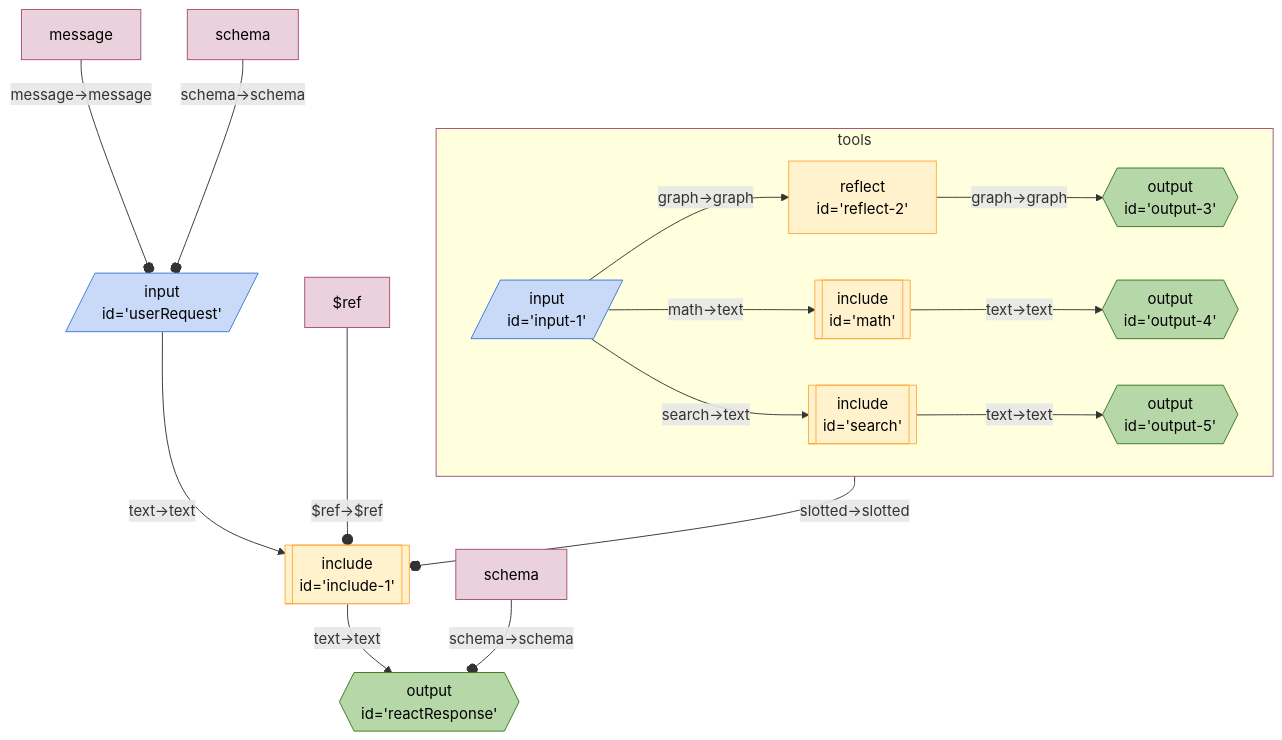
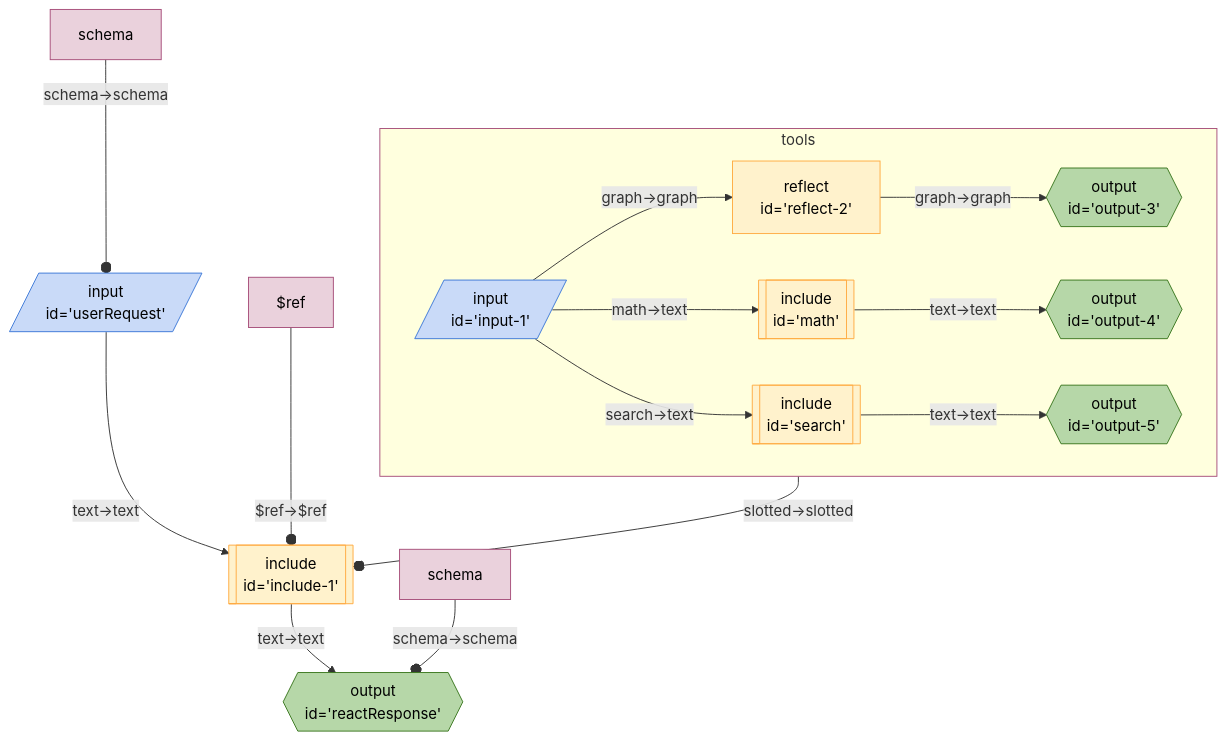
The diagram in seeds/graph-playground/docs/graphs/call-react-with-slot.md (breadboard-ai/breadboard), drawn with Mermaid before and after one commit. The commit also changed 25 other files, not shown here.

Commit message:
[graph-playground] Update graphs to remove "message".

````diff
--- a/seeds/graph-playground/docs/graphs/call-react-with-slot.md
+++ b/seeds/graph-playground/docs/graphs/call-react-with-slot.md
@@ -5,29 +5,28 @@
   ```mermaid
   %%{init: 'themeVariables': { 'fontFamily': 'Fira Code, monospace' }}%%
 graph TD;
 include1[["include <br> id='include-1'"]]:::include -- "text->text" --> reactResponse{{"output <br> id='reactResponse'"}}:::output
 subgraph tools
 reflect2["reflect <br> id='reflect-2'"] -- "graph->graph" --> output3{{"output <br> id='output-3'"}}:::output
 input1[/"input <br> id='input-1'"/]:::input -- "graph->graph" --> reflect2["reflect <br> id='reflect-2'"]
 math[["include <br> id='math'"]]:::include -- "text->text" --> output4{{"output <br> id='output-4'"}}:::output
 input1[/"input <br> id='input-1'"/]:::input -- "math->text" --> math[["include <br> id='math'"]]:::include
 search[["include <br> id='search'"]]:::include -- "text->text" --> output5{{"output <br> id='output-5'"}}:::output
 input1[/"input <br> id='input-1'"/]:::input -- "search->text" --> search[["include <br> id='search'"]]:::include
 end
 tools:::slotted -- "slotted->slotted" --o include1
 
 userRequest[/"input <br> id='userRequest'"/]:::input -- "text->text" --> include1[["include <br> id='include-1'"]]:::include
-messageuserRequest[message]:::config -- "message->message" --o userRequest
 schemauserRequest[schema]:::config -- "schema->schema" --o userRequest
 $refinclude1[$ref]:::config -- "$ref->$ref" --o include1
 
 schemareactResponse[schema]:::config -- "schema->schema" --o reactResponse
 classDef default stroke:#ffab40,fill:#fff2ccff,color:#000
 classDef input stroke:#3c78d8,fill:#c9daf8ff,color:#000
 classDef output stroke:#38761d,fill:#b6d7a8ff,color:#000
 classDef passthrough stroke:#a64d79,fill:#ead1dcff,color:#000
 classDef slot stroke:#a64d79,fill:#ead1dcff,color:#000
 classDef config stroke:#a64d79,fill:#ead1dcff,color:#000
 classDef secrets stroke:#db4437,fill:#f4cccc,color:#000
 classDef slotted stroke:#a64d79
   ```
````
